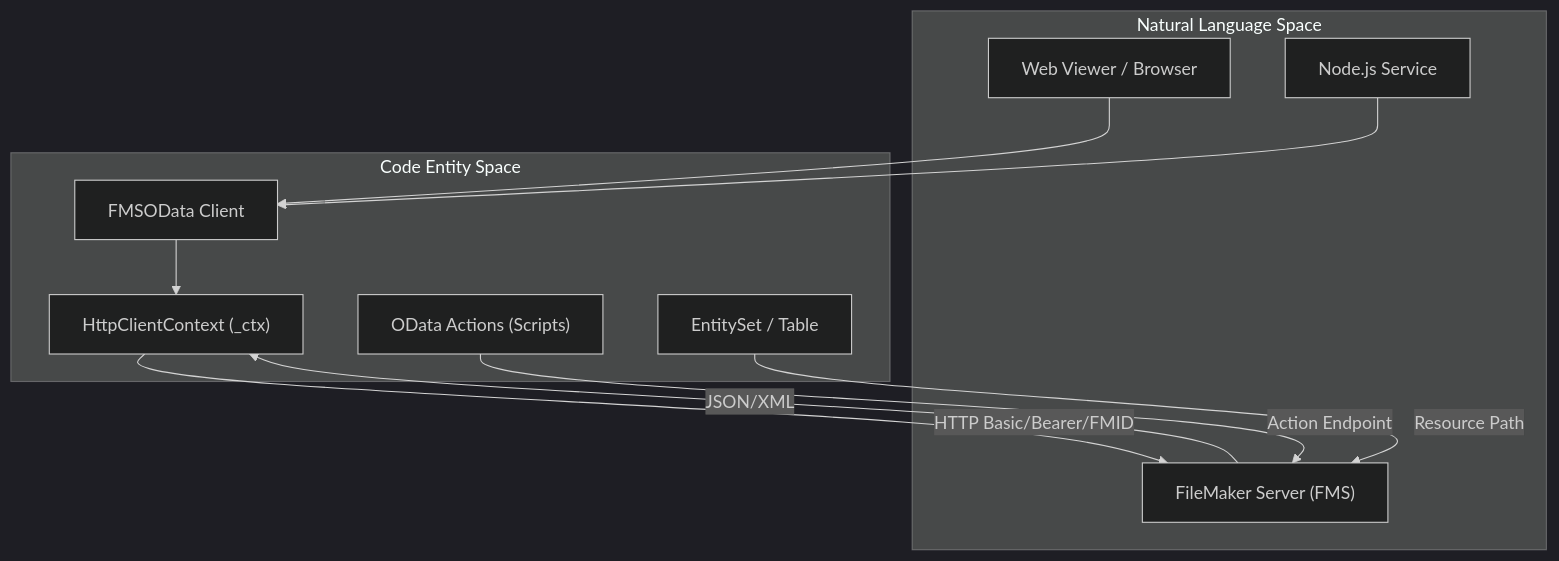
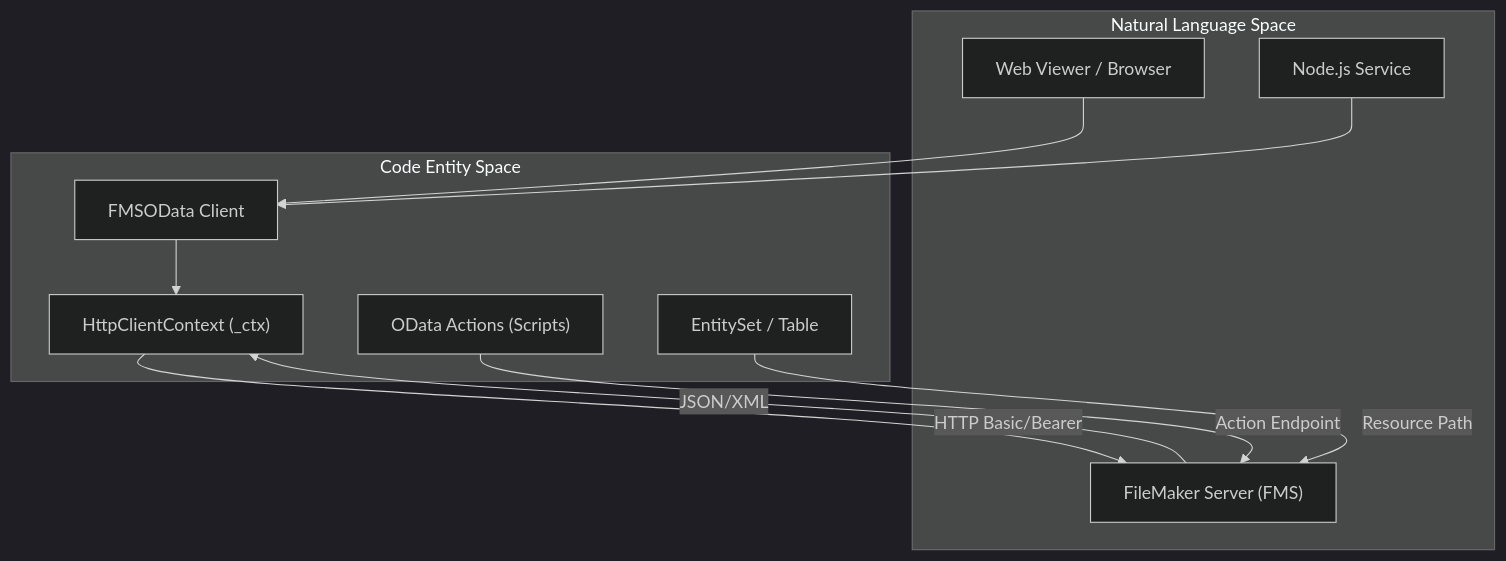
The first of 2 diagrams in wiki/01-overview.md (fsans/fms-odata-js), drawn with Mermaid (dark theme) before and after one commit. The commit also changed other lines of this file and 7 other files, not shown here.

````diff
--- a/wiki/01-overview.md
+++ b/wiki/01-overview.md
@@ -18,23 +18,23 @@
 ```mermaid
 graph TD
     subgraph "Natural Language Space"
         A["Web Viewer / Browser"]
         B["Node.js Service"]
         C["FileMaker Server (FMS)"]
     end
 
     subgraph "Code Entity Space"
         D["FMSOData Client"]
         E["HttpClientContext (_ctx)"]
         F["OData Actions (Scripts)"]
         G["EntitySet / Table"]
     end
 
     A --> D
     B --> D
     D --> E
-    E -- "HTTP Basic/Bearer/FMID" --> C
+    E -- "HTTP Basic/Bearer" --> C
     C -- "JSON/XML" --> E
     F -- "Action Endpoint" --> C
     G -- "Resource Path" --> C
 ```
````
